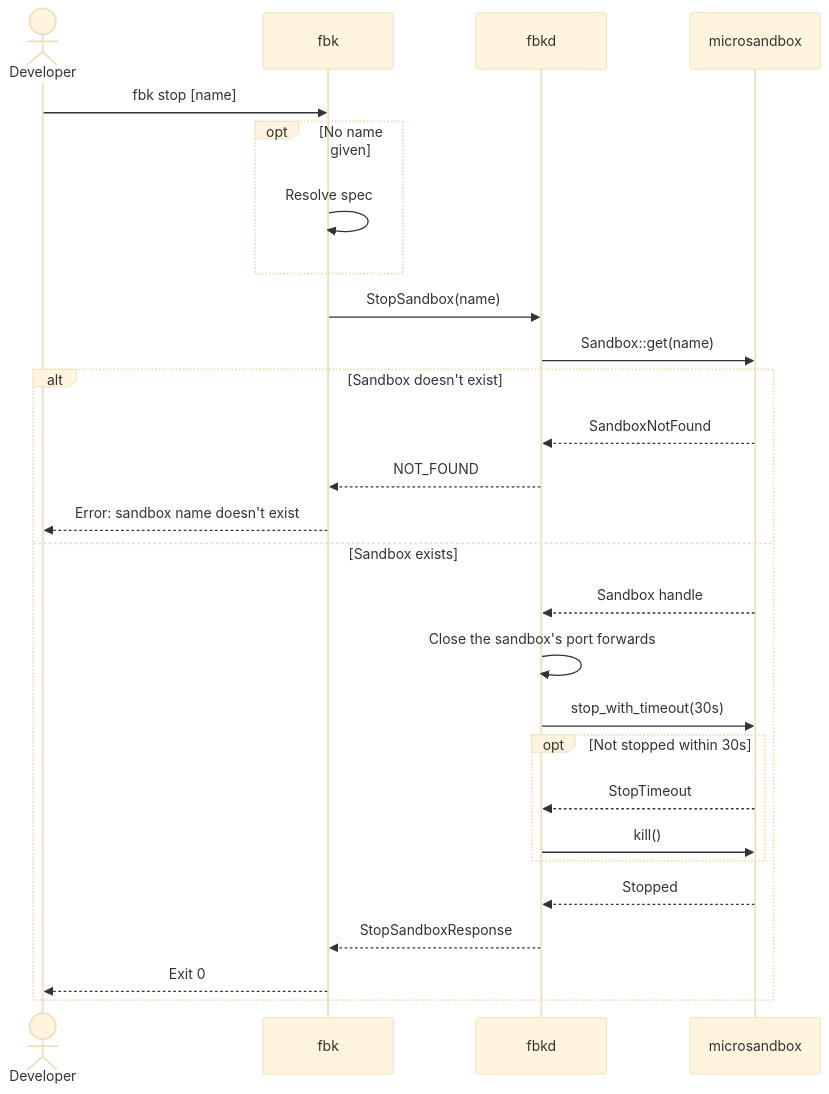
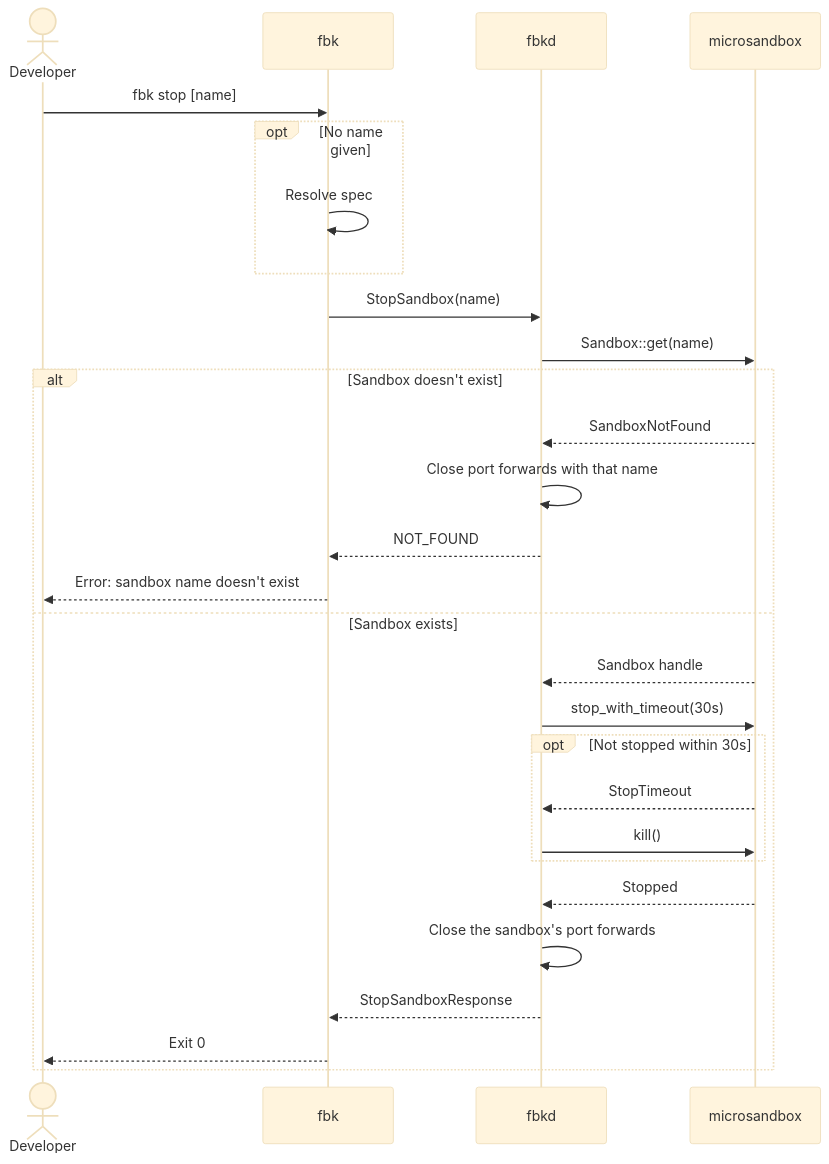
One commit to wmeints/anvil changed the second of 6 diagrams in docs/architecture/06-runtime-view.md. Above: the diagram before and after it, drawn with Mermaid (base theme). The commit also changed other lines of this file and 3 other files, not shown here.

First line of the commit message:
fix(daemon): harden port forwards after review

````diff
--- a/docs/architecture/06-runtime-view.md
+++ b/docs/architecture/06-runtime-view.md
@@ -135,30 +138,31 @@
 ```mermaid
 sequenceDiagram
     actor Dev as Developer
     participant CLI as fbk
     participant D as fbkd
     participant MS as microsandbox
 
     Dev->>CLI: fbk stop [name]
     opt No name given
         CLI->>CLI: Resolve spec
     end
     CLI->>D: StopSandbox(name)
     D->>MS: Sandbox::get(name)
     alt Sandbox doesn't exist
         MS-->>D: SandboxNotFound
+        D->>D: Close port forwards with that name
         D-->>CLI: NOT_FOUND
         CLI-->>Dev: Error: sandbox name doesn't exist
     else Sandbox exists
         MS-->>D: Sandbox handle
-        D->>D: Close the sandbox's port forwards
         D->>MS: stop_with_timeout(30s)
         opt Not stopped within 30s
             MS-->>D: StopTimeout
             D->>MS: kill()
         end
         MS-->>D: Stopped
+        D->>D: Close the sandbox's port forwards
         D-->>CLI: StopSandboxResponse
         CLI-->>Dev: Exit 0
     end
 ```
````
